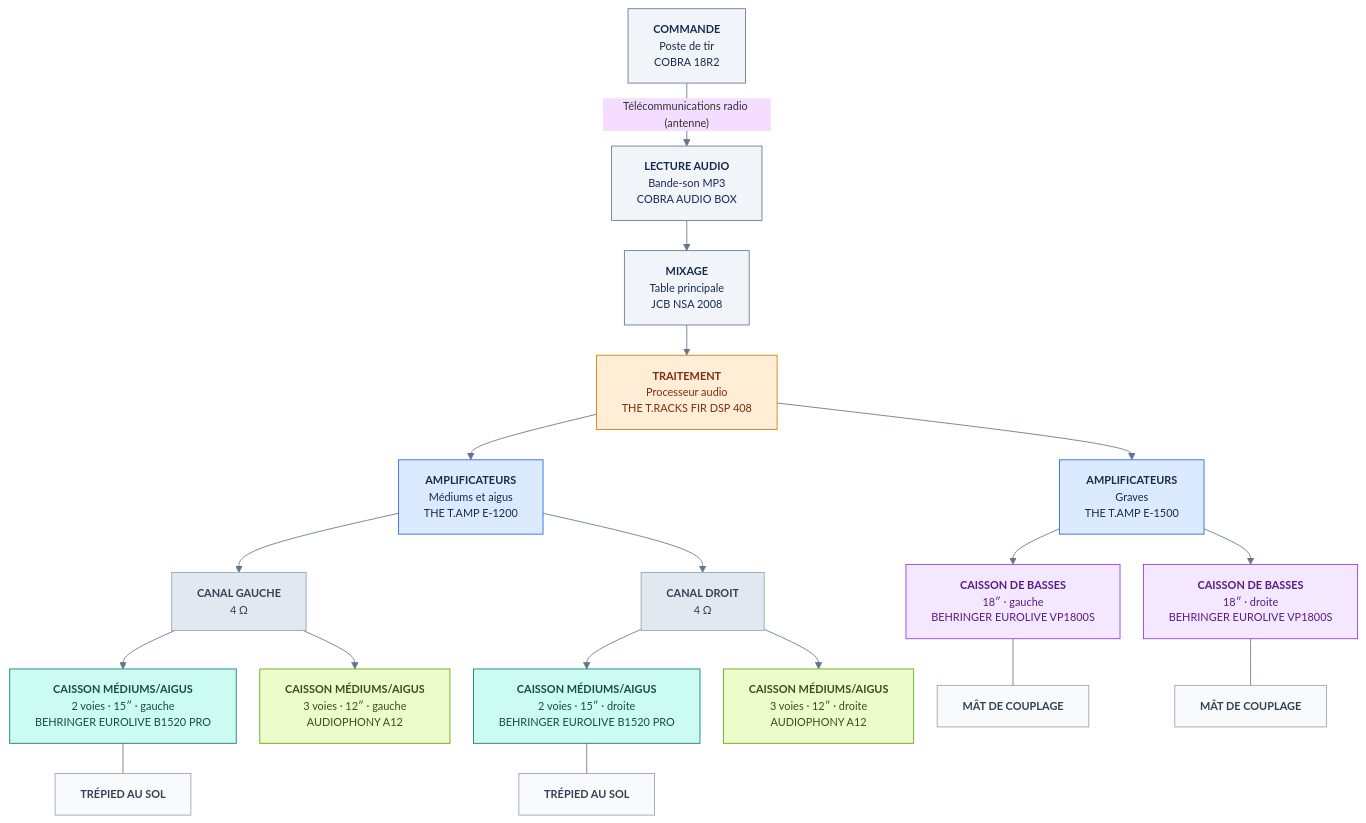
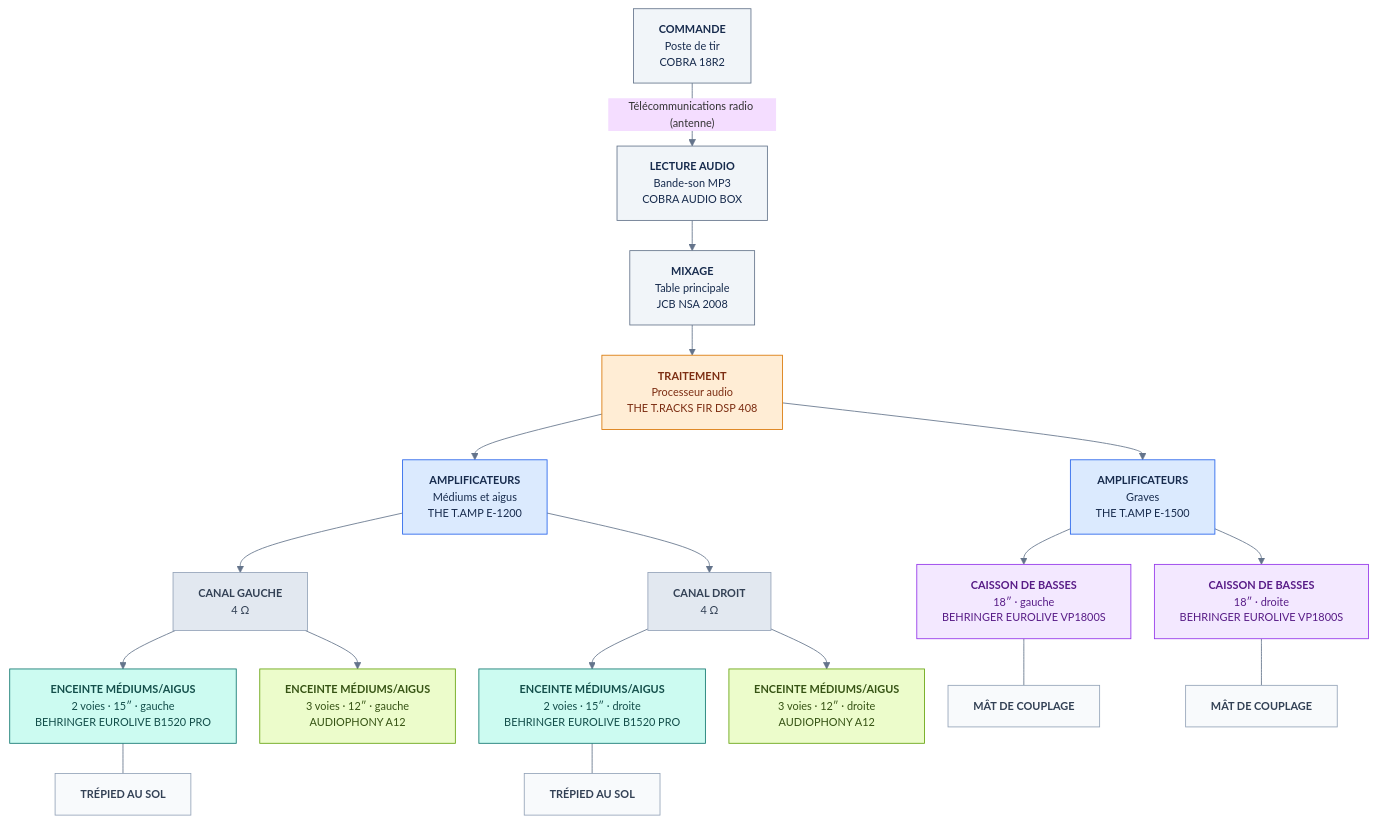
The first of 3 diagrams in README.md (HAZIT-FR/PGE-SONO), drawn with Mermaid before and after one commit.

Commit message:
docs: utiliser enceinte médiums/aigus dans le schéma audio

```diff
--- a/README.md
+++ b/README.md
@@ -34,58 +34,58 @@
 ~~~mermaid
 %%{init: {"flowchart": {"nodeSpacing": 28, "rankSpacing": 36, "htmlLabels": true, "wrappingWidth": 320}, "theme": "base", "themeVariables": {"fontSize": "13px", "lineColor": "#64748b"}}}%%
 flowchart TB
   A["<b>COMMANDE</b><br/>Poste de tir<br/>COBRA 18R2"]
   B["<b>LECTURE AUDIO</b><br/>Bande-son MP3<br/>COBRA AUDIO BOX"]
   C["<b>MIXAGE</b><br/>Table principale<br/>JCB NSA 2008"]
   D["<b>TRAITEMENT</b><br/>Processeur audio<br/>THE T.RACKS FIR DSP 408"]
   E["<b>AMPLIFICATEURS</b><br/>Médiums et aigus<br/>THE T.AMP E-1200"]
   F["<b>AMPLIFICATEURS</b><br/>Graves<br/>THE T.AMP E-1500"]
   LG["<b>CANAL GAUCHE</b><br/>4 Ω"]
   LD["<b>CANAL DROIT</b><br/>4 Ω"]
-  BG["<b>CAISSON MÉDIUMS/AIGUS</b><br/>2 voies · 15″ · gauche<br/>BEHRINGER EUROLIVE B1520 PRO"]
-  BD["<b>CAISSON MÉDIUMS/AIGUS</b><br/>2 voies · 15″ · droite<br/>BEHRINGER EUROLIVE B1520 PRO"]
-  AG["<b>CAISSON MÉDIUMS/AIGUS</b><br/>3 voies · 12″ · gauche<br/>AUDIOPHONY A12"]
-  AD["<b>CAISSON MÉDIUMS/AIGUS</b><br/>3 voies · 12″ · droite<br/>AUDIOPHONY A12"]
+  BG["<b>ENCEINTE MÉDIUMS/AIGUS</b><br/>2 voies · 15″ · gauche<br/>BEHRINGER EUROLIVE B1520 PRO"]
+  BD["<b>ENCEINTE MÉDIUMS/AIGUS</b><br/>2 voies · 15″ · droite<br/>BEHRINGER EUROLIVE B1520 PRO"]
+  AG["<b>ENCEINTE MÉDIUMS/AIGUS</b><br/>3 voies · 12″ · gauche<br/>AUDIOPHONY A12"]
+  AD["<b>ENCEINTE MÉDIUMS/AIGUS</b><br/>3 voies · 12″ · droite<br/>AUDIOPHONY A12"]
   SG["<b>CAISSON DE BASSES</b><br/>18″ · gauche<br/>BEHRINGER EUROLIVE VP1800S"]
   SD["<b>CAISSON DE BASSES</b><br/>18″ · droite<br/>BEHRINGER EUROLIVE VP1800S"]
 
   TG["<b>TRÉPIED AU SOL</b>"]
   TD["<b>TRÉPIED AU SOL</b>"]
   MG["<b>MÂT DE COUPLAGE</b>"]
   MD["<b>MÂT DE COUPLAGE</b>"]
 
   A -- "Télécommunications radio (antenne)" --> B
   B --> C --> D
   D --> E
   D --> F
   E --> LG
   E --> LD
   LG --> BG
   LG --> AG
   LD --> BD
   LD --> AD
   F --> SG
   F --> SD
 
   BG --- TG
   BD --- TD
   SG --- MG
   SD --- MD
 
   classDef commande fill:#f1f5f9,stroke:#64748b,color:#172b4d;
   classDef processeur fill:#ffedd5,stroke:#d97706,color:#7c2d12;
   classDef amplis fill:#dbeafe,stroke:#2563eb,color:#172b4d;
   classDef canaux fill:#e2e8f0,stroke:#94a3b8,color:#334155;
   classDef principales fill:#ccfbf1,stroke:#0f766e,color:#134e4a;
   classDef appoint fill:#ecfccb,stroke:#65a30d,color:#365314;
   classDef basses fill:#f3e8ff,stroke:#9333ea,color:#581c87;
   classDef support fill:#f8fafc,stroke:#94a3b8,color:#334155;
   class A,B,C commande;
   class D processeur;
   class E,F amplis;
   class LG,LD canaux;
   class BG,BD principales;
   class AG,AD appoint;
   class SG,SD basses;
   class TG,TD,MG,MD support;
 ~~~
```
